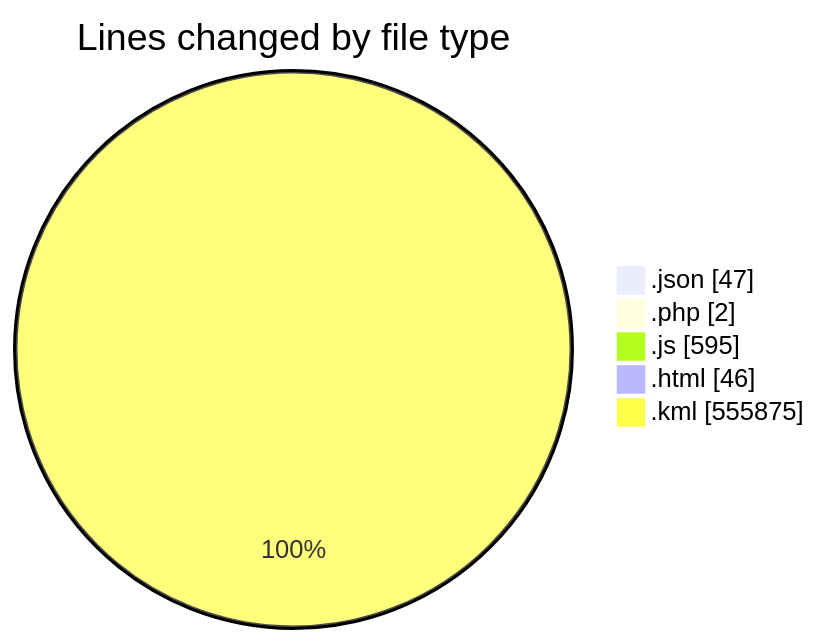
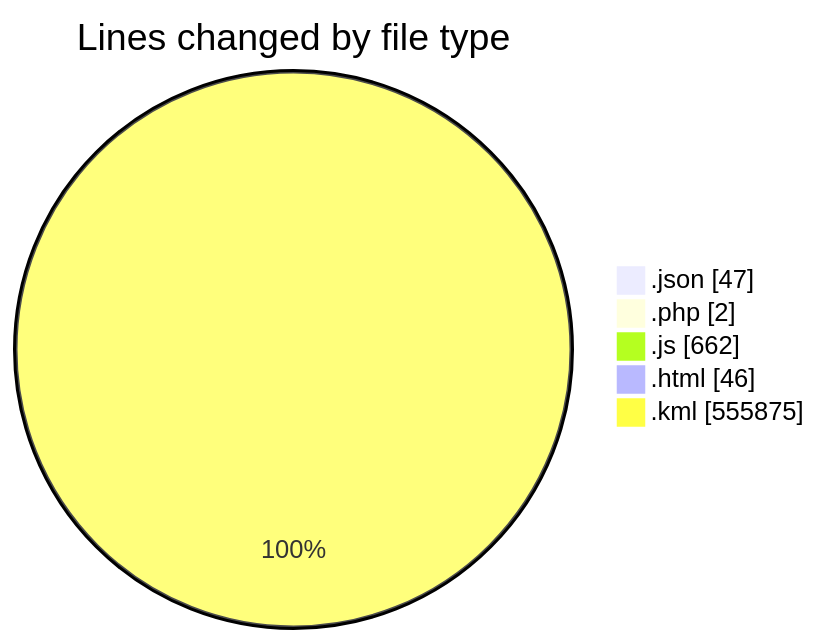
Before and after one commit to LanceThiago/code-tracking: the first of 2 diagrams in 2025-03-27/kml/README.md, drawn with Mermaid. The commit also changed other lines of this file and 1 other file, not shown here.

````diff
--- a/2025-03-27/kml/README.md
+++ b/2025-03-27/kml/README.md
@@ -28,9 +28,9 @@
 ```mermaid
 pie showData
 title Lines changed by file type
 ".json" : 47
 ".php" : 2
-".js" : 595
+".js" : 662
 ".html" : 46
 ".kml" : 555875
 ```
````
